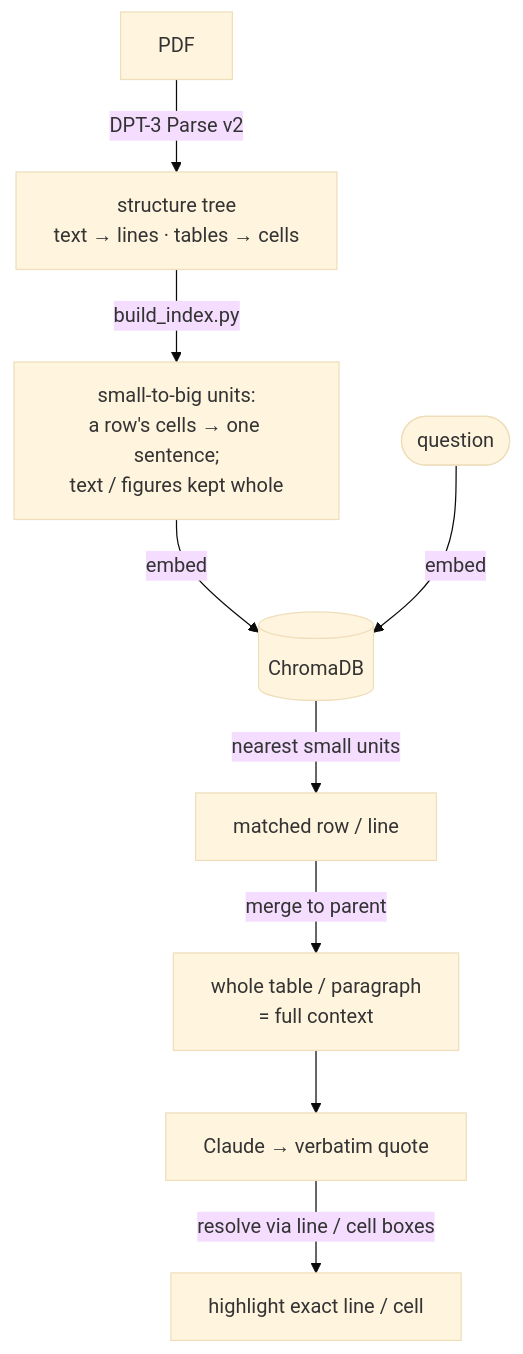
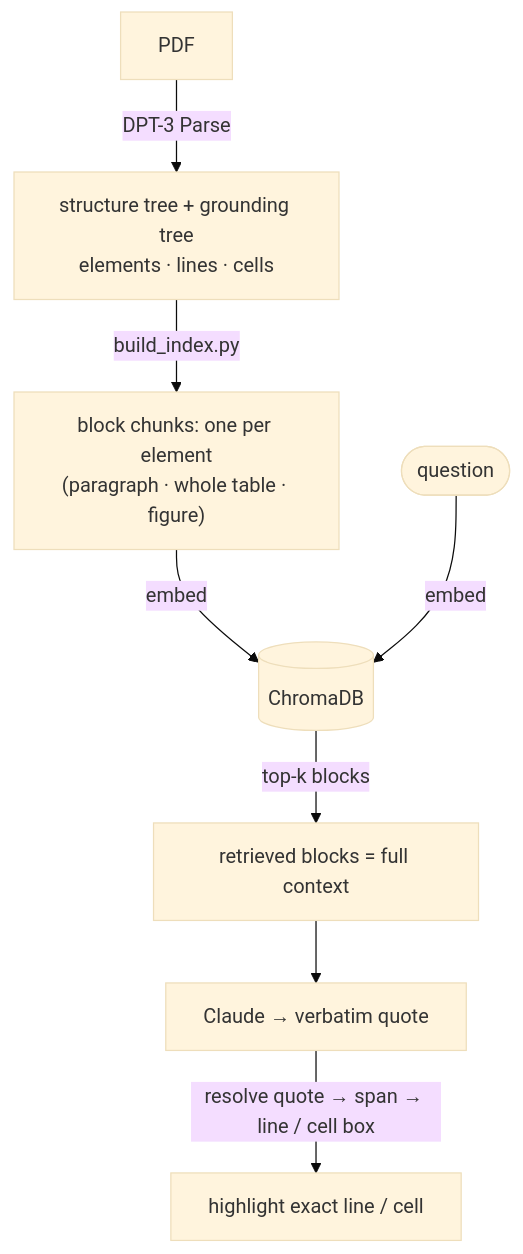
The diagram in Applications/RAG Application using DPT-3 Hierarchical Parsing Model/README.md (landing-ai/ade-sample-projects), drawn with Mermaid (base theme) before and after one commit. The commit also changed other lines of this file and 6 other files, not shown here.

````diff
--- a/Applications/RAG Application using DPT-3 Hierarchical Parsing Model/README.md
+++ b/Applications/RAG Application using DPT-3 Hierarchical Parsing Model/README.md
@@ -19,11 +25,10 @@
 ```mermaid
 flowchart TD
-    A[PDF] -->|DPT-3 Parse v2| B["structure tree<br/>text → lines · tables → cells"]
-    B -->|build_index.py| C["small-to-big units:<br/>a row's cells → one sentence;<br/>text / figures kept whole"]
+    A[PDF] -->|DPT-3 Parse| B["structure tree + grounding tree<br/>elements · lines · cells"]
+    B -->|build_index.py| C["block chunks: one per element<br/>(paragraph · whole table · figure)"]
     C -->|embed| D[(ChromaDB)]
     Q([question]) -->|embed| D
-    D -->|nearest small units| E[matched row / line]
-    E -->|merge to parent| F["whole table / paragraph<br/>= full context"]
-    F --> G["Claude → verbatim quote"]
-    G -->|resolve via line / cell boxes| H["highlight exact line / cell"]
+    D -->|top-k blocks| E["retrieved blocks = full context"]
+    E --> F["Claude → verbatim quote"]
+    F -->|resolve quote → span → line / cell box| G["highlight exact line / cell"]
 ```
````
